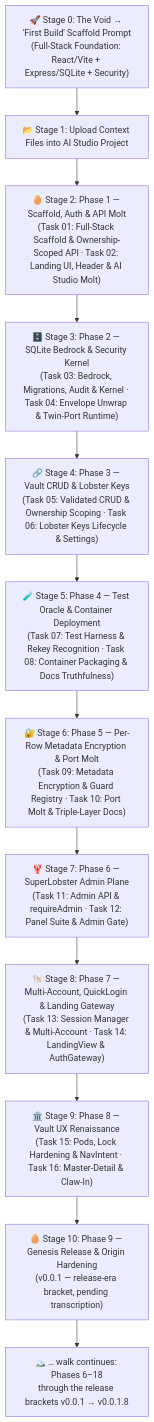
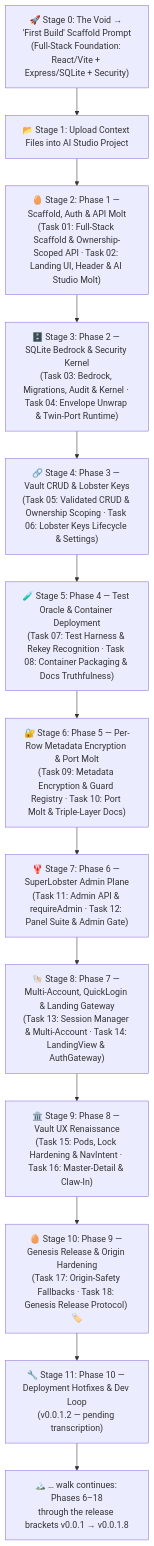
One commit to ClawStackStudios/ShellGuard changed the diagram in project/meta-prompt-ai-studio.md. Above: the diagram before and after it, drawn with Mermaid. The commit also changed other lines of this file and 1 other file, not shown here.

First line of the commit message:
docs: transcribe Phase 9 - Genesis Release & Origin Hardening (v0.0.1)

````diff
--- a/project/meta-prompt-ai-studio.md
+++ b/project/meta-prompt-ai-studio.md
@@ -16,27 +16,29 @@
 ```mermaid
 flowchart TD
     Step0["🚀 Stage 0: The Void → 'First Build' Scaffold Prompt<br/>(Full-Stack Foundation: React/Vite + Express/SQLite + Security)"]
     UploadContext["📂 Stage 1: Upload Context Files into AI Studio Project"]
     Phase1["🥚 Stage 2: Phase 1 — Scaffold, Auth & API Molt<br/>(Task 01: Full-Stack Scaffold & Ownership-Scoped API · Task 02: Landing UI, Header & AI Studio Molt)"]
     Phase2["🗄️ Stage 3: Phase 2 — SQLite Bedrock & Security Kernel<br/>(Task 03: Bedrock, Migrations, Audit & Kernel · Task 04: Envelope Unwrap & Twin-Port Runtime)"]
     Phase3["🔗 Stage 4: Phase 3 — Vault CRUD & Lobster Keys<br/>(Task 05: Validated CRUD & Ownership Scoping · Task 06: Lobster Keys Lifecycle & Settings)"]
     Phase4["🧪 Stage 5: Phase 4 — Test Oracle & Container Deployment<br/>(Task 07: Test Harness & Rekey Recognition · Task 08: Container Packaging & Docs Truthfulness)"]
     Phase5["🔐 Stage 6: Phase 5 — Per-Row Metadata Encryption & Port Molt<br/>(Task 09: Metadata Encryption & Guard Registry · Task 10: Port Molt & Triple-Layer Docs)"]
     Phase6["🦞 Stage 7: Phase 6 — SuperLobster Admin Plane<br/>(Task 11: Admin API & requireAdmin · Task 12: Panel Suite & Admin Gate)"]
     Phase7["🐚 Stage 8: Phase 7 — Multi-Account, QuickLogin & Landing Gateway<br/>(Task 13: Session Manager & Multi-Account · Task 14: LandingView & AuthGateway)"]
     Phase8["🏛️ Stage 9: Phase 8 — Vault UX Renaissance<br/>(Task 15: Pods, Lock Hardening & NavIntent · Task 16: Master-Detail & Claw-In)"]
-    Phase9["🥚 Stage 10: Phase 9 — Genesis Release & Origin Hardening<br/>(v0.0.1 — release-era bracket, pending transcription)"]
+    Phase9["🥚 Stage 10: Phase 9 — Genesis Release & Origin Hardening<br/>(Task 17: Origin-Safety Fallbacks · Task 18: Genesis Release Protocol) 🏷️"]
+    Phase10["🔧 Stage 11: Phase 10 — Deployment Hotfixes & Dev Loop<br/>(v0.0.1.2 — pending transcription)"]
     Summit["🏔️ … walk continues: Phases 6–18<br/>through the release brackets v0.0.1 → v0.0.1.8"]
 
     Step0 --> UploadContext
     UploadContext --> Phase1
     Phase1 --> Phase2
     Phase2 --> Phase3
     Phase3 --> Phase4
     Phase4 --> Phase5
     Phase5 --> Phase6
     Phase6 --> Phase7
     Phase7 --> Phase8
     Phase8 --> Phase9
-    Phase9 --> Summit
+    Phase9 --> Phase10
+    Phase10 --> Summit
 ```
````
